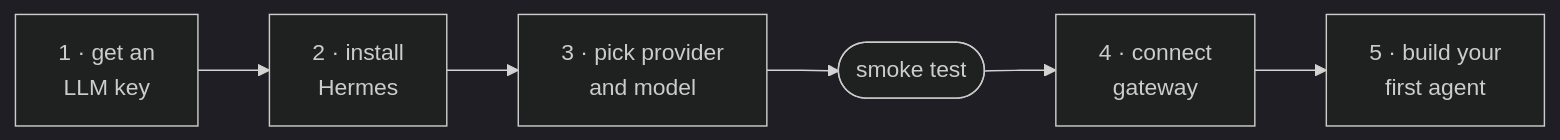
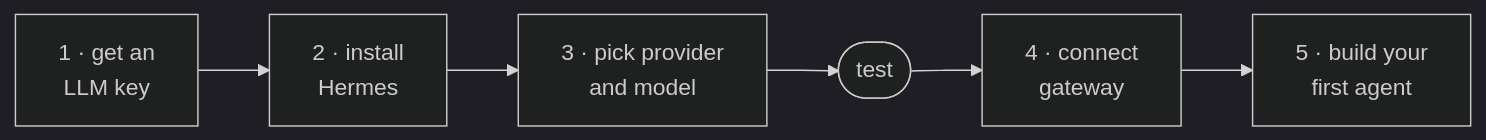
Before and after one commit to chrishart0/hermes-workshop: the diagram in README.md, drawn with Mermaid (dark theme). The commit also changed other lines of this file, not shown here.

````diff
--- a/README.md
+++ b/README.md
@@ -61,4 +65,4 @@
 ```mermaid
 flowchart LR
-    K["1 · get an<br/>LLM key"] --> I["2 · install<br/>Hermes"] --> M["3 · pick provider<br/>and model"] --> T([smoke test]) --> G["4 · connect<br/>gateway"] --> U["5 · build your<br/>first agent"]
+    K["1 · get an<br/>LLM key"] --> I["2 · install<br/>Hermes"] --> M["3 · pick provider<br/>and model"] --> T([test]) --> G["4 · connect<br/>gateway"] --> U["5 · build your<br/>first agent"]
 ```
````
